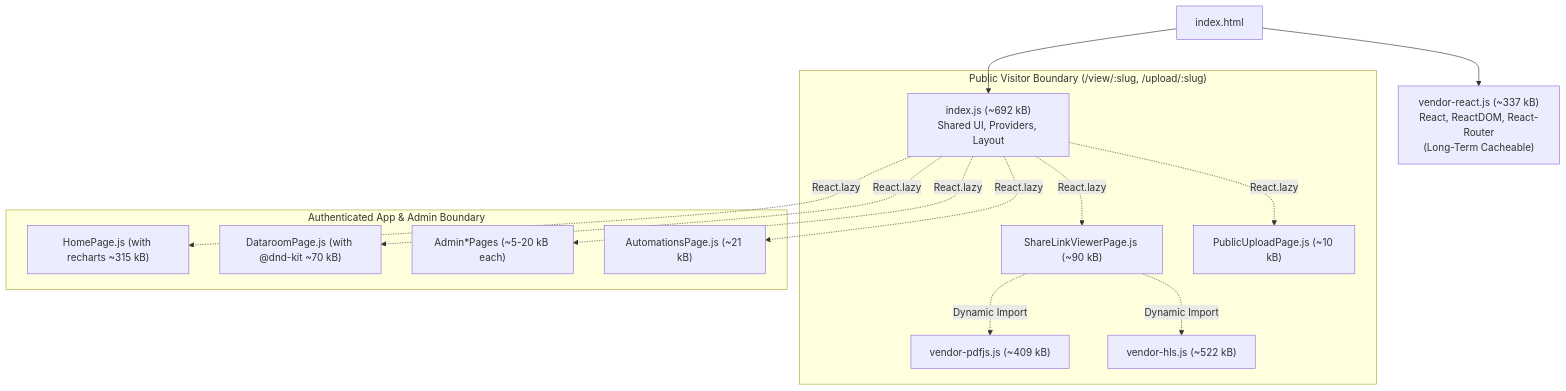
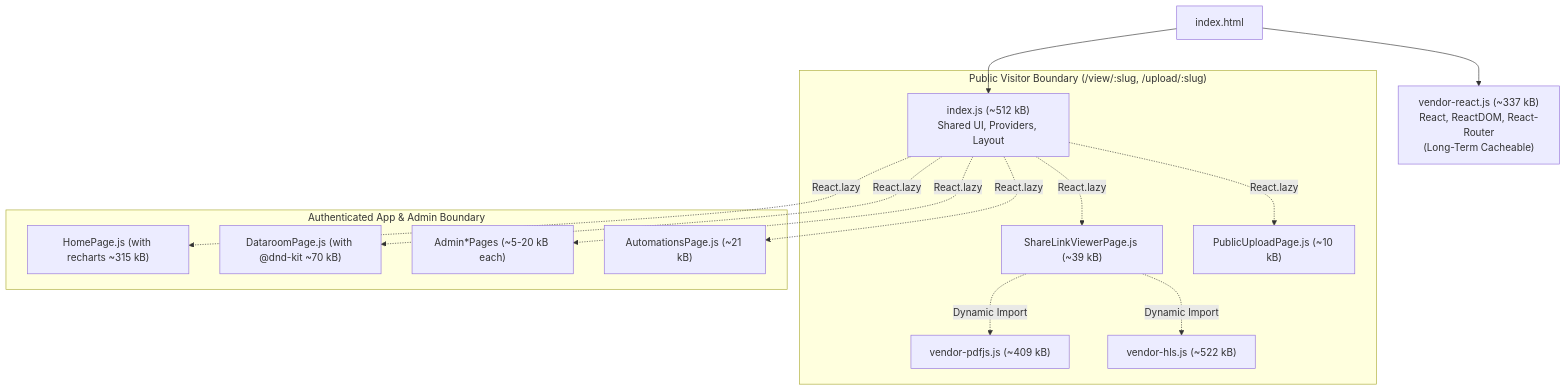
One commit to Industry/coneshare changed the diagram in docs/strategy/frontend-bundle-optimization-strategy.md. Above: the diagram before and after it, drawn with Mermaid. The commit also changed other lines of this file and 16 other files, not shown here.

First line of the commit message:
feat(viewer): lazy load dataroom viewer with animated progress and isolate shared-ui chunk

````diff
--- a/docs/strategy/frontend-bundle-optimization-strategy.md
+++ b/docs/strategy/frontend-bundle-optimization-strategy.md
@@ -37,19 +37,19 @@
 ```mermaid
 flowchart TD
-    IndexHtml["index.html"] --> IndexEntry["index.js (~692 kB)\nShared UI, Providers, Layout"]
+    IndexHtml["index.html"] --> IndexEntry["index.js (~512 kB)\nShared UI, Providers, Layout"]
     IndexHtml --> VendorReact["vendor-react.js (~337 kB)\nReact, ReactDOM, React-Router\n(Long-Term Cacheable)"]
 
     subgraph PublicRoutes["Public Visitor Boundary (/view/:slug, /upload/:slug)"]
-        IndexEntry -.->|React.lazy| ViewerPage["ShareLinkViewerPage.js (~90 kB)"]
+        IndexEntry -.->|React.lazy| ViewerPage["ShareLinkViewerPage.js (~39 kB)"]
         IndexEntry -.->|React.lazy| UploadPage["PublicUploadPage.js (~10 kB)"]
         ViewerPage -.->|Dynamic Import| VendorPdf["vendor-pdfjs.js (~409 kB)"]
         ViewerPage -.->|Dynamic Import| VendorHls["vendor-hls.js (~522 kB)"]
     end
 
     subgraph InternalRoutes["Authenticated App & Admin Boundary"]
         IndexEntry -.->|React.lazy| Dashboard["HomePage.js (with recharts ~315 kB)"]
         IndexEntry -.->|React.lazy| DataroomMgr["DataroomPage.js (with @dnd-kit ~70 kB)"]
         IndexEntry -.->|React.lazy| AdminPages["Admin*Pages (~5-20 kB each)"]
         IndexEntry -.->|React.lazy| Automations["AutomationsPage.js (~21 kB)"]
     end
 ```
````
